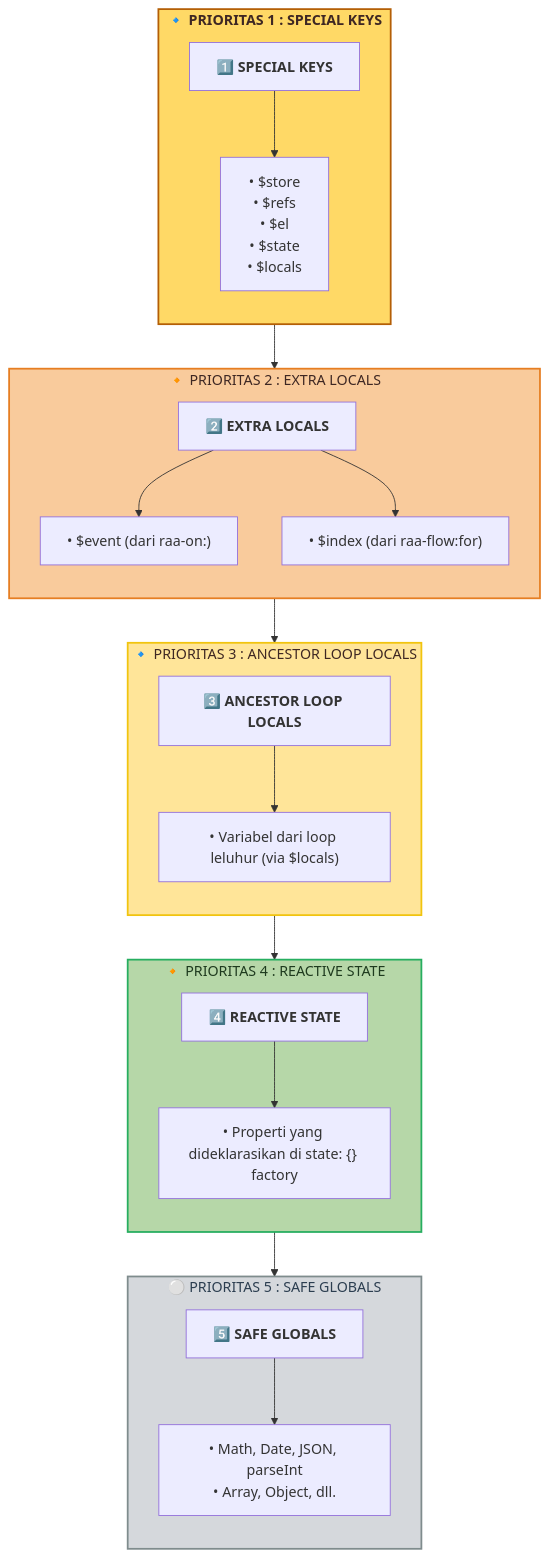
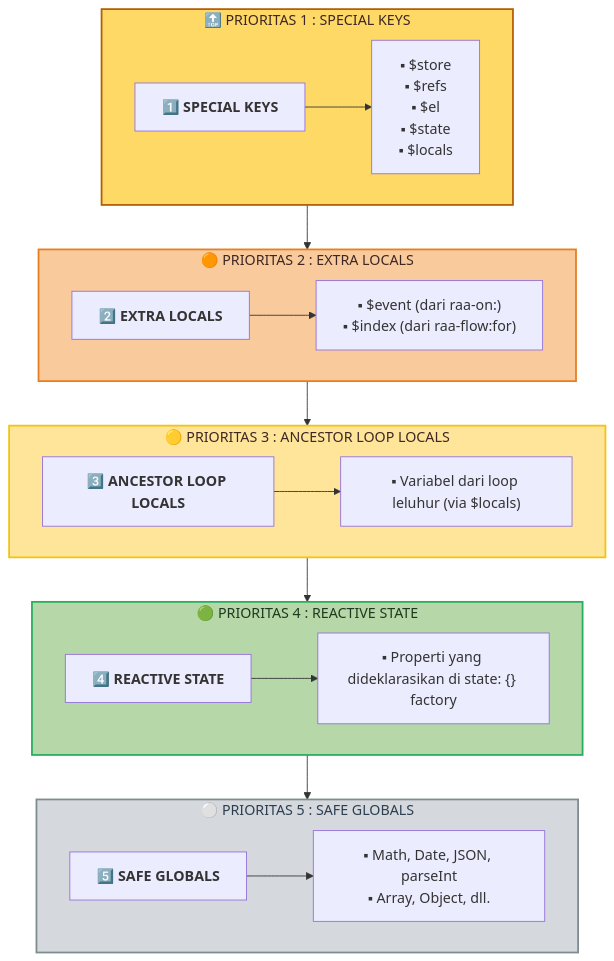
Before and after one commit to dazep01/raajs: the diagram in data/doc-ind/submenu-4-2.md, drawn with Mermaid.

````diff
--- a/data/doc-ind/submenu-4-2.md
+++ b/data/doc-ind/submenu-4-2.md
@@ -74,61 +74,51 @@
 ```mermaid
-graph TB
-    %% ========== STYLES ==========
-    classDef priority1 fill:#FFD966,stroke:#B45F06,stroke-width:2px,color:#3E2723,font-weight:bold
-    classDef priority2 fill:#F9CB9C,stroke:#E67E22,stroke-width:2px,color:#3E2723
-    classDef priority3 fill:#FFE599,stroke:#F1C40F,stroke-width:2px,color:#3E2723
-    classDef priority4 fill:#B6D7A8,stroke:#27AE60,stroke-width:2px,color:#1E3A1E
-    classDef priority5 fill:#D5D8DC,stroke:#7F8C8D,stroke-width:2px,color:#2C3E50
+flowchart TD
+    classDef p1 fill:#FFD966,stroke:#B45F06,stroke-width:2px,color:#3E2723
+    classDef p2 fill:#F9CB9C,stroke:#E67E22,stroke-width:2px,color:#3E2723
+    classDef p3 fill:#FFE599,stroke:#F1C40F,stroke-width:2px,color:#3E2723
+    classDef p4 fill:#B6D7A8,stroke:#27AE60,stroke-width:2px,color:#1E3A1E
+    classDef p5 fill:#D5D8DC,stroke:#7F8C8D,stroke-width:2px,color:#2C3E50
 
-    %% ========== PRIORITAS 1 ==========
-    subgraph P1["🔹 PRIORITAS 1 : SPECIAL KEYS"]
-        direction TB
-        N1["<b>1️⃣ SPECIAL KEYS</b>"]
-        N2["• $store<br>• $refs<br>• $el<br>• $state<br>• $locals"]
-        N1 --> N2
+    subgraph P1["🔝 PRIORITAS 1 : SPECIAL KEYS"]
+        direction LR
+        A1["<b>1️⃣ SPECIAL KEYS</b>"]
+        A2["▪ $store<br>▪ $refs<br>▪ $el<br>▪ $state<br>▪ $locals"]
+        A1 --> A2
     end
 
-    %% ========== PRIORITAS 2 ==========
-    subgraph P2["🔸 PRIORITAS 2 : EXTRA LOCALS"]
-        direction TB
-        M1["<b>2️⃣ EXTRA LOCALS</b>"]
-        M2["• $event (dari raa-on:)"]
-        M3["• $index (dari raa-flow:for)"]
-        M1 --> M2
-        M1 --> M3
+    subgraph P2["🟠 PRIORITAS 2 : EXTRA LOCALS"]
+        direction LR
+        B1["<b>2️⃣ EXTRA LOCALS</b>"]
+        B2["▪ $event (dari raa-on:)<br>▪ $index (dari raa-flow:for)"]
+        B1 --> B2
     end
 
-    %% ========== PRIORITAS 3 ==========
-    subgraph P3["🔹 PRIORITAS 3 : ANCESTOR LOOP LOCALS"]
-        direction TB
-        L1["<b>3️⃣ ANCESTOR LOOP LOCALS</b>"]
-        L2["• Variabel dari loop leluhur (via $locals)"]
-        L1 --> L2
+    subgraph P3["🟡 PRIORITAS 3 : ANCESTOR LOOP LOCALS"]
+        direction LR
+        C1["<b>3️⃣ ANCESTOR LOOP LOCALS</b>"]
+        C2["▪ Variabel dari loop leluhur (via $locals)"]
+        C1 --> C2
     end
 
-    %% ========== PRIORITAS 4 ==========
-    subgraph P4["🔸 PRIORITAS 4 : REACTIVE STATE"]
-        direction TB
-        K1["<b>4️⃣ REACTIVE STATE</b>"]
-        K2["• Properti yang dideklarasikan di state: {} factory"]
-        K1 --> K2
+    subgraph P4["🟢 PRIORITAS 4 : REACTIVE STATE"]
+        direction LR
+        D1["<b>4️⃣ REACTIVE STATE</b>"]
+        D2["▪ Properti yang dideklarasikan di state: {} factory"]
+        D1 --> D2
     end
 
-    %% ========== PRIORITAS 5 ==========
     subgraph P5["⚪ PRIORITAS 5 : SAFE GLOBALS"]
-        direction TB
-        J1["<b>5️⃣ SAFE GLOBALS</b>"]
-        J2["• Math, Date, JSON, parseInt<br>• Array, Object, dll."]
-        J1 --> J2
+        direction LR
+        E1["<b>5️⃣ SAFE GLOBALS</b>"]
+        E2["▪ Math, Date, JSON, parseInt<br>▪ Array, Object, dll."]
+        E1 --> E2
     end
 
-    %% ========== URUTAN PRIORITAS ==========
     P1 --> P2 --> P3 --> P4 --> P5
 
-    %% ========== APPLY CLASSES ==========
-    class P1 priority1
-    class P2 priority2
-    class P3 priority3
-    class P4 priority4
-    class P5 priority5
+    class P1 p1
+    class P2 p2
+    class P3 p3
+    class P4 p4
+    class P5 p5
 ```
````
